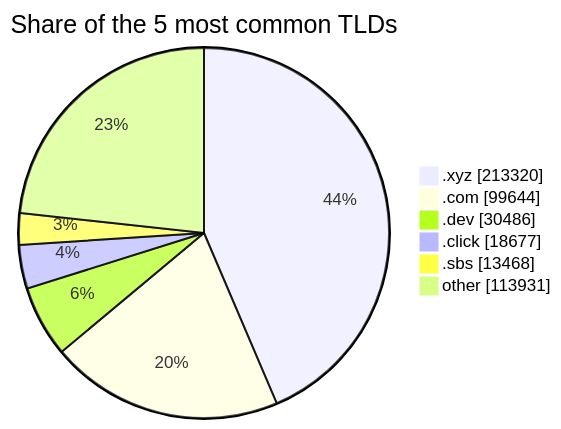
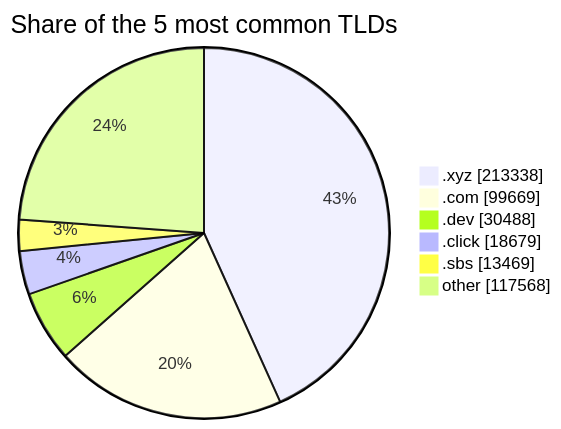
The third of 3 diagrams in README.md (DNSBunker/CTI), drawn with Mermaid before and after one commit. The commit also changed other lines of this file and 3 other files, not shown here.

````diff
--- a/README.md
+++ b/README.md
@@ -81,9 +81,9 @@
 ```mermaid
 pie showData title Share of the 5 most common TLDs
-    ".xyz" : 213320
-    ".com" : 99644
-    ".dev" : 30486
-    ".click" : 18677
-    ".sbs" : 13468
-    "other" : 113931
+    ".xyz" : 213338
+    ".com" : 99669
+    ".dev" : 30488
+    ".click" : 18679
+    ".sbs" : 13469
+    "other" : 117568
 ```
````
